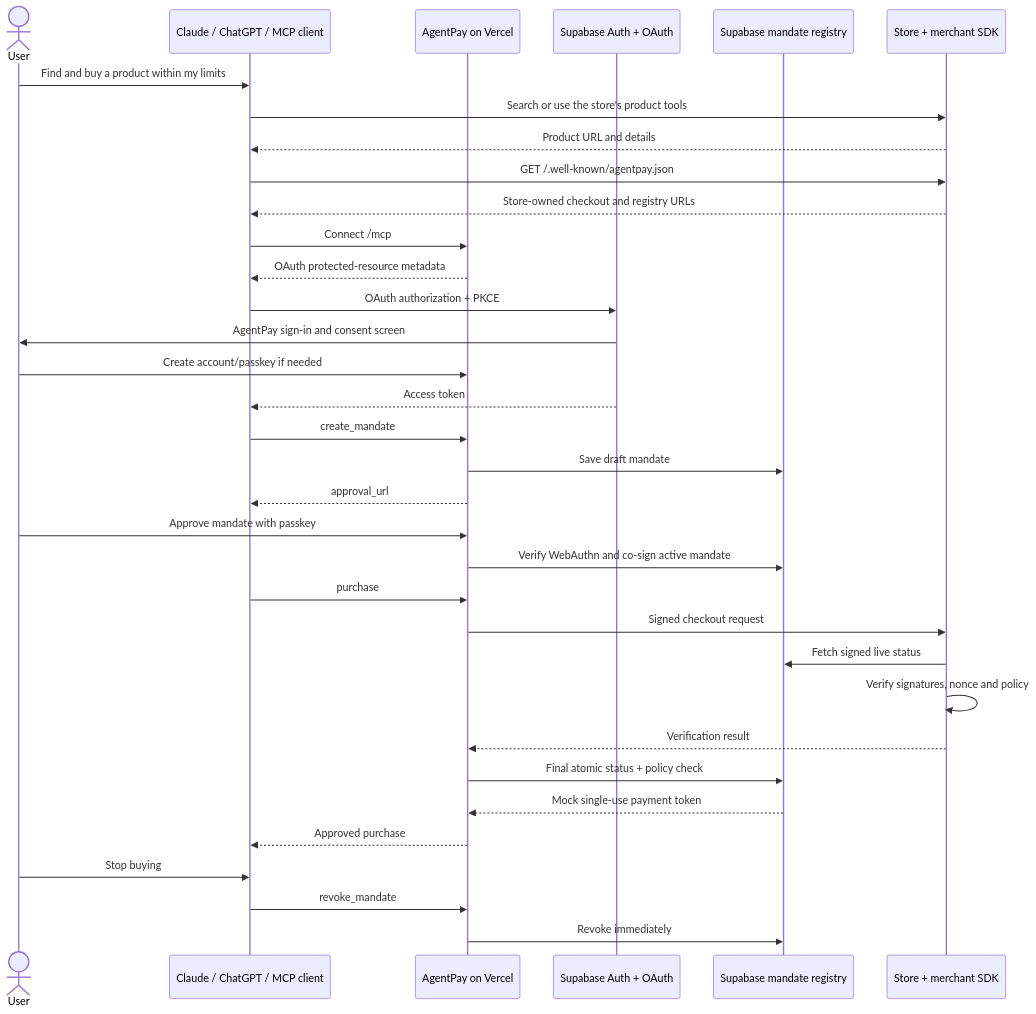
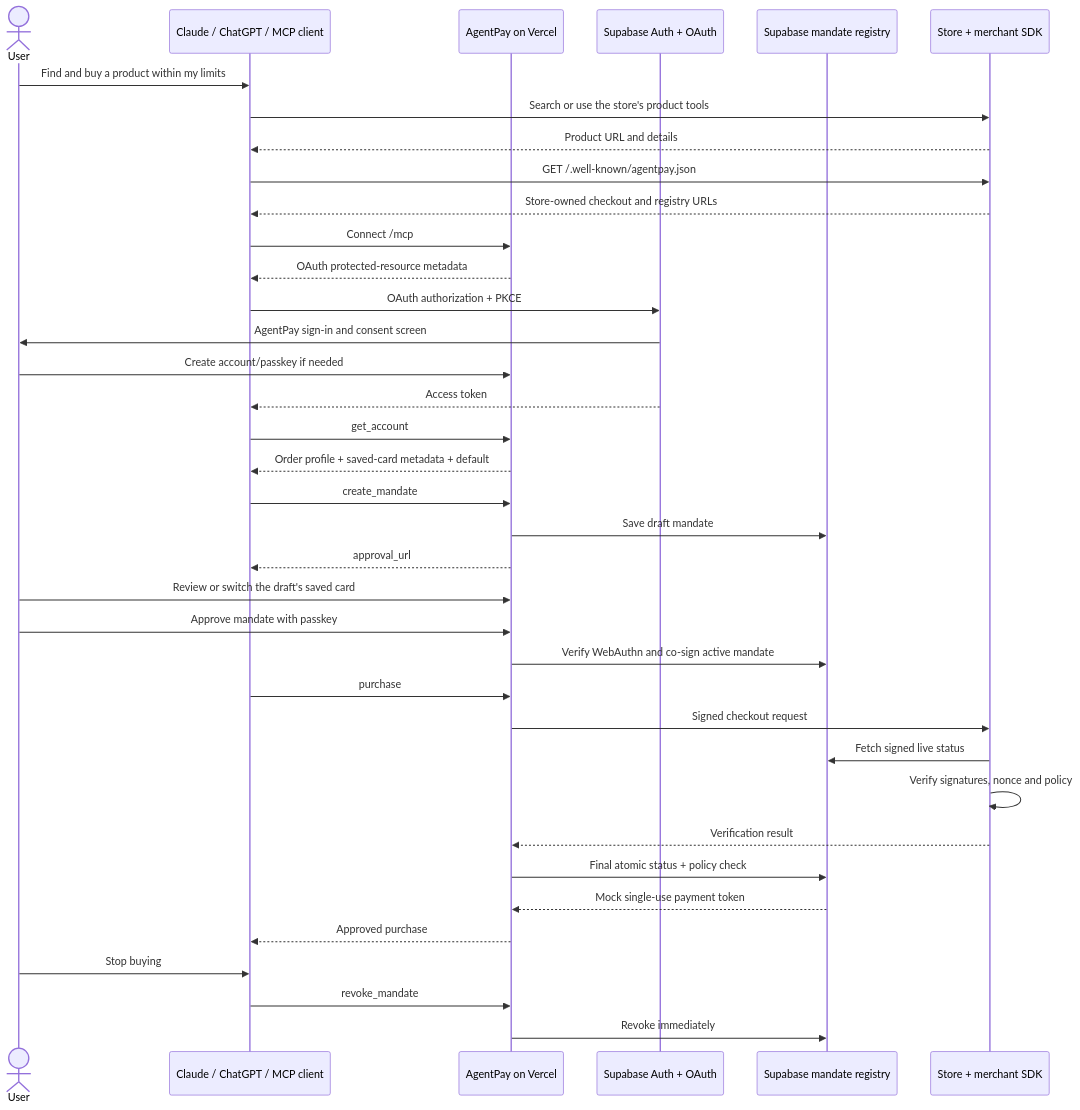
The diagram in docs/architecture.md (pedroschott/hackatonyuno), drawn with Mermaid before and after one commit. The commit also changed other lines of this file and 25 other files, not shown here.

Commit message:
feat: add account and multi-card management

````diff
--- a/docs/architecture.md
+++ b/docs/architecture.md
@@ -3,37 +3,40 @@
 ```mermaid
 sequenceDiagram
     actor User
     participant Agent as Claude / ChatGPT / MCP client
     participant AgentPay as AgentPay on Vercel
     participant Auth as Supabase Auth + OAuth
     participant Registry as Supabase mandate registry
     participant Store as Store + merchant SDK
 
     User->>Agent: Find and buy a product within my limits
     Agent->>Store: Search or use the store's product tools
     Store-->>Agent: Product URL and details
     Agent->>Store: GET /.well-known/agentpay.json
     Store-->>Agent: Store-owned checkout and registry URLs
     Agent->>AgentPay: Connect /mcp
     AgentPay-->>Agent: OAuth protected-resource metadata
     Agent->>Auth: OAuth authorization + PKCE
     Auth->>User: AgentPay sign-in and consent screen
     User->>AgentPay: Create account/passkey if needed
     Auth-->>Agent: Access token
+    Agent->>AgentPay: get_account
+    AgentPay-->>Agent: Order profile + saved-card metadata + default
     Agent->>AgentPay: create_mandate
     AgentPay->>Registry: Save draft mandate
     AgentPay-->>Agent: approval_url
+    User->>AgentPay: Review or switch the draft's saved card
     User->>AgentPay: Approve mandate with passkey
     AgentPay->>Registry: Verify WebAuthn and co-sign active mandate
     Agent->>AgentPay: purchase
     AgentPay->>Store: Signed checkout request
     Store->>Registry: Fetch signed live status
     Store->>Store: Verify signatures, nonce and policy
     Store-->>AgentPay: Verification result
     AgentPay->>Registry: Final atomic status + policy check
     Registry-->>AgentPay: Mock single-use payment token
     AgentPay-->>Agent: Approved purchase
     User->>Agent: Stop buying
     Agent->>AgentPay: revoke_mandate
     AgentPay->>Registry: Revoke immediately
 ```
````
